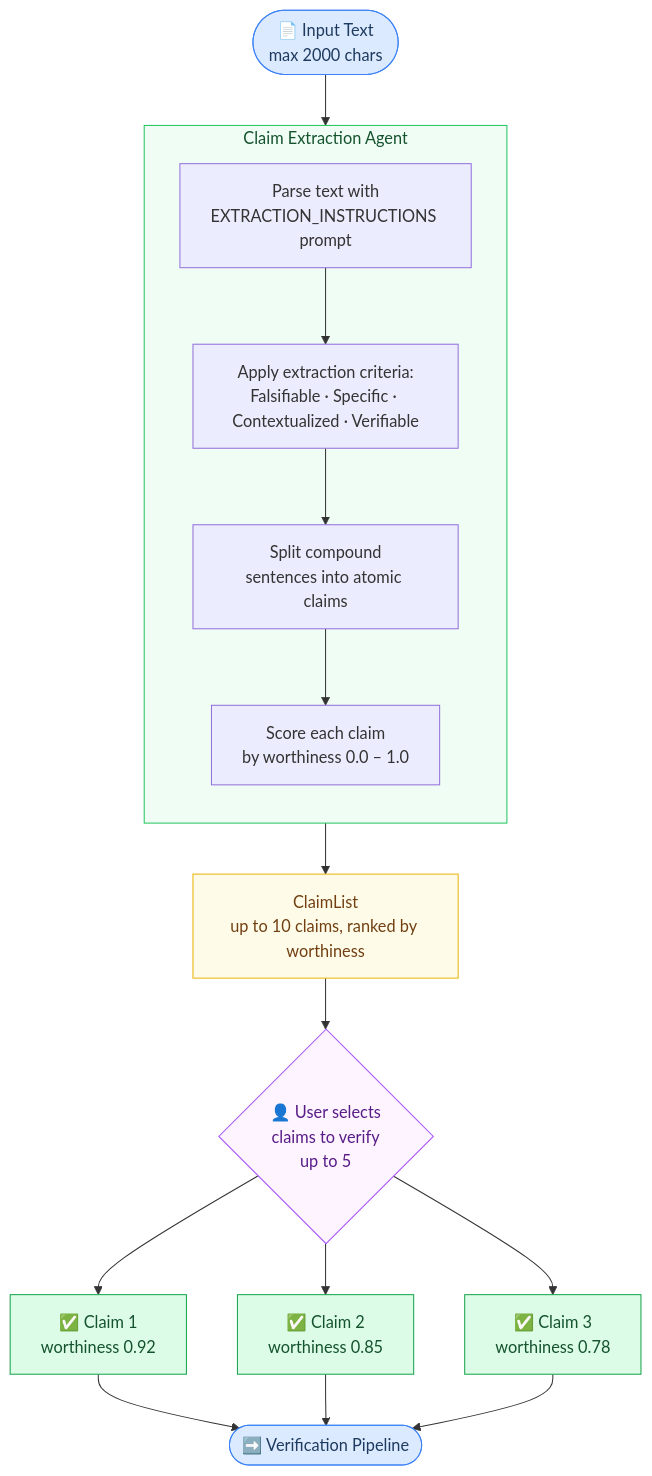
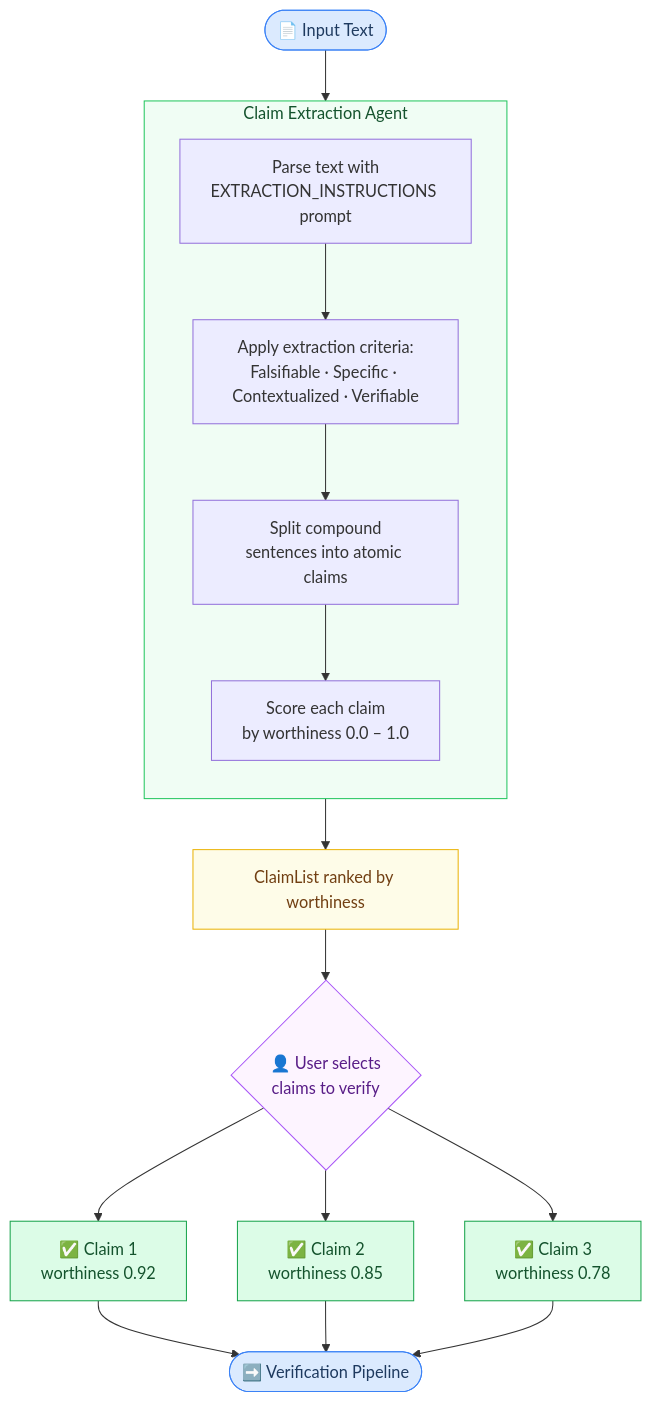
Before and after one commit to umairalipathan1980/MetaCheck---An-Evidence-Based-Fact-Checker: the diagram in README.md, drawn with Mermaid.

Commit message:
interchanged READMEs

````diff
--- a/README.md
+++ b/README.md
@@ -89,34 +89,34 @@
 ```mermaid
 flowchart TD
-    A([📄 Input Text\nmax 2000 chars]) --> B
+    A([📄 Input Text]) --> B
 
     subgraph B[" Claim Extraction Agent "]
         direction TB
-        B1[Parse text with\nEXTRACTION_INSTRUCTIONS prompt]
-        B2[Apply extraction criteria:\nFalsifiable · Specific · Contextualized · Verifiable]
-        B3[Split compound\nsentences into atomic claims]
-        B4[Score each claim\nby worthiness 0.0 – 1.0]
+        B1[Parse text with<br/>EXTRACTION_INSTRUCTIONS prompt]
+        B2[Apply extraction criteria:<br/>Falsifiable · Specific · Contextualized · Verifiable]
+        B3[Split compound<br/>sentences into atomic claims]
+        B4[Score each claim<br/>by worthiness 0.0 – 1.0]
         B1 --> B2 --> B3 --> B4
     end
 
-    B --> C[ClaimList\nup to 10 claims, ranked by worthiness]
+    B --> C[ClaimList ranked by worthiness]
 
-    C --> D{👤 User selects\nclaims to verify\nup to 5}
+    C --> D{👤 User selects<br/>claims to verify}
 
     D --> E1[✅ Claim 1\nworthiness 0.92]
     D --> E2[✅ Claim 2\nworthiness 0.85]
     D --> E3[✅ Claim 3\nworthiness 0.78]
 
     E1 --> F([➡️ Verification Pipeline])
     E2 --> F
     E3 --> F
 
     style A fill:#dbeafe,stroke:#3b82f6,color:#1e3a5f
     style B fill:#f0fdf4,stroke:#22c55e,color:#14532d
     style C fill:#fefce8,stroke:#eab308,color:#713f12
     style D fill:#fdf4ff,stroke:#a855f7,color:#581c87
     style E1 fill:#dcfce7,stroke:#16a34a,color:#14532d
     style E2 fill:#dcfce7,stroke:#16a34a,color:#14532d
     style E3 fill:#dcfce7,stroke:#16a34a,color:#14532d
     style F fill:#dbeafe,stroke:#3b82f6,color:#1e3a5f
 ```
````
